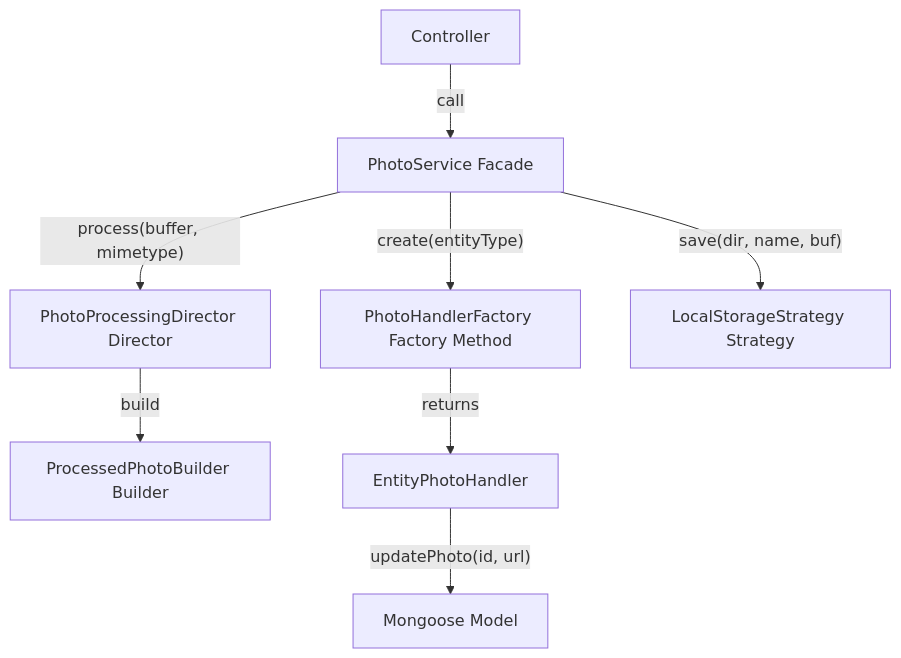
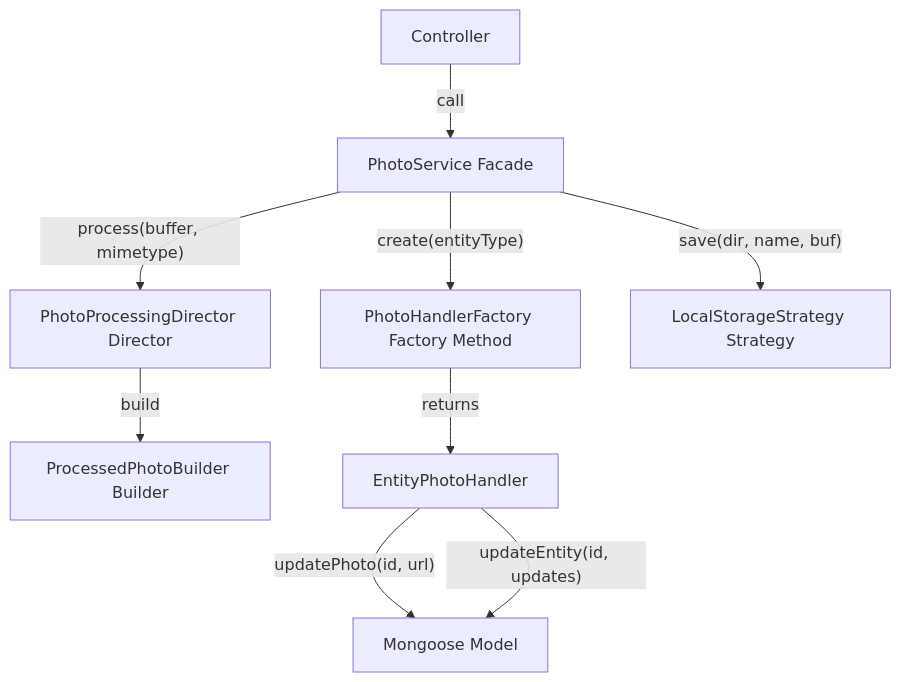
One commit to GregCMills/IFN636-Assignment-1-2 changed the diagram in backend-design-patterns.md. Above: the diagram before and after it, drawn with Mermaid. The commit also changed other lines of this file and 16 other files, not shown here.

````diff
--- a/backend-design-patterns.md
+++ b/backend-design-patterns.md
@@ -1132,10 +1160,11 @@
 ```mermaid
 flowchart TD
     Client[Controller] -->|call| Facade[PhotoService Facade]
     Facade -->|"create(entityType)"| Factory[PhotoHandlerFactory Factory Method]
     Facade -->|"process(buffer, mimetype)"| Director[PhotoProcessingDirector Director]
     Director -->|build| Builder[ProcessedPhotoBuilder Builder]
     Facade -->|"save(dir, name, buf)"| Strategy[LocalStorageStrategy Strategy]
     Factory -->|returns| Handler[EntityPhotoHandler]
     Handler -->|"updatePhoto(id, url)"| Model[Mongoose Model]
+    Handler -->|"updateEntity(id, updates)"| Model
 ```
````
